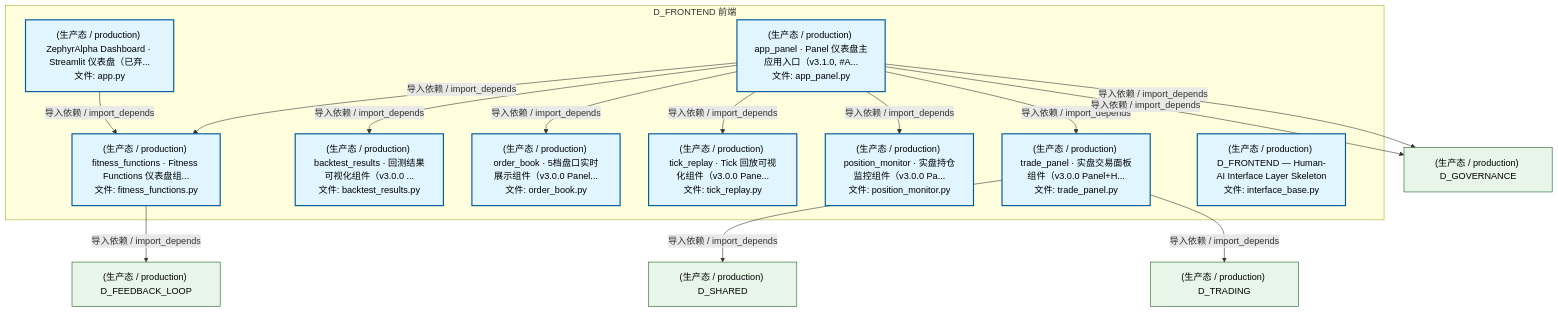
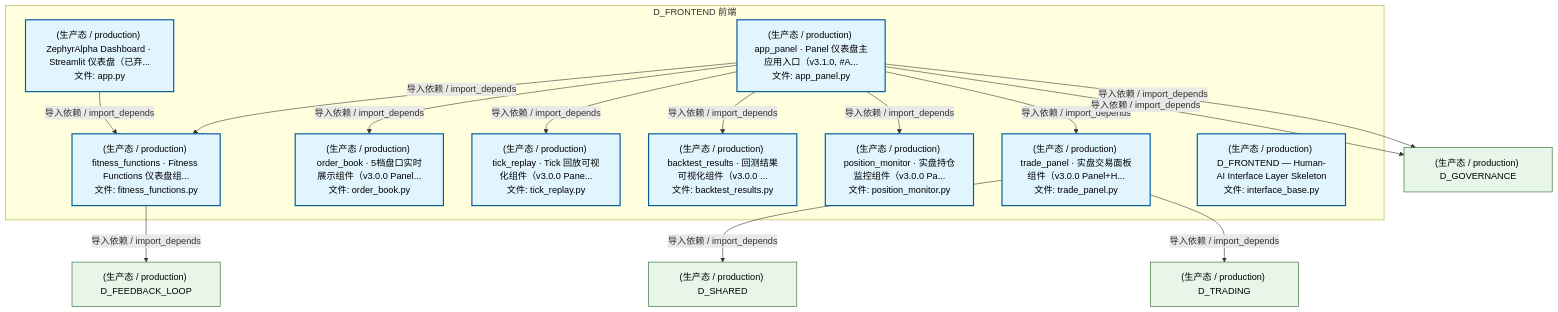
One commit to xuanFelixVan/ZephyrAlpha changed the second of 5 diagrams in docs/02_enterprise_architecture/02_domain_architecture_docs/15_d_frontend.md. Above: the diagram before and after it, drawn with Mermaid. The commit also changed other lines of this file and 97 other files, not shown here.

````diff
--- a/docs/02_enterprise_architecture/02_domain_architecture_docs/15_d_frontend.md
+++ b/docs/02_enterprise_architecture/02_domain_architecture_docs/15_d_frontend.md
@@ -165,36 +165,36 @@
 ```mermaid
 graph TD
     subgraph D_FRONTEND["D_FRONTEND 前端"]
         src_zephyr_frontend_dashboard_app_py["(生产态 / production) ZephyrAlpha Dashboard · Streamlit 仪表盘（已弃...<br/>文件: app.py"]
         src_zephyr_frontend_dashboard_app_panel_py["(生产态 / production) app_panel · Panel 仪表盘主应用入口（v3.1.0, #A...<br/>文件: app_panel.py"]
         src_zephyr_frontend_dashboard_components_backtest_results_py["(生产态 / production) backtest_results · 回测结果可视化组件（v3.0.0 ...<br/>文件: backtest_results.py"]
         src_zephyr_frontend_dashboard_components_fitness_functions_py["(生产态 / production) fitness_functions · Fitness Functions 仪表盘组...<br/>文件: fitness_functions.py"]
         src_zephyr_frontend_dashboard_components_order_book_py["(生产态 / production) order_book · 5档盘口实时展示组件（v3.0.0 Panel...<br/>文件: order_book.py"]
         src_zephyr_frontend_dashboard_components_position_monitor_py["(生产态 / production) position_monitor · 实盘持仓监控组件（v3.0.0 Pa...<br/>文件: position_monitor.py"]
         src_zephyr_frontend_dashboard_components_tick_replay_py["(生产态 / production) tick_replay · Tick 回放可视化组件（v3.0.0 Pane...<br/>文件: tick_replay.py"]
         src_zephyr_frontend_dashboard_components_trade_panel_py["(生产态 / production) trade_panel · 实盘交易面板组件（v3.0.0 Panel+H...<br/>文件: trade_panel.py"]
         src_zephyr_frontend_interface_base_py["(生产态 / production) D_FRONTEND — Human-AI Interface Layer Skeleton<br/>文件: interface_base.py"]
     end
+    src_zephyr_frontend_dashboard_app_py -->|导入依赖 / import_depends| src_zephyr_frontend_dashboard_components_fitness_functions_py
     src_zephyr_frontend_dashboard_app_panel_py -->|导入依赖 / import_depends| src_zephyr_frontend_dashboard_components_fitness_functions_py
-    src_zephyr_frontend_dashboard_app_panel_py -->|导入依赖 / import_depends| src_zephyr_frontend_dashboard_components_backtest_results_py
     src_zephyr_frontend_dashboard_app_panel_py -->|导入依赖 / import_depends| src_zephyr_frontend_dashboard_components_order_book_py
     src_zephyr_frontend_dashboard_app_panel_py -->|导入依赖 / import_depends| src_zephyr_frontend_dashboard_components_tick_replay_py
+    src_zephyr_frontend_dashboard_app_panel_py -->|导入依赖 / import_depends| src_zephyr_frontend_dashboard_components_backtest_results_py
     src_zephyr_frontend_dashboard_app_panel_py -->|导入依赖 / import_depends| src_zephyr_frontend_dashboard_components_position_monitor_py
     src_zephyr_frontend_dashboard_app_panel_py -->|导入依赖 / import_depends| src_zephyr_frontend_dashboard_components_trade_panel_py
-    src_zephyr_frontend_dashboard_app_py -->|导入依赖 / import_depends| src_zephyr_frontend_dashboard_components_fitness_functions_py
     D_GOVERNANCE["(生产态 / production) D_GOVERNANCE"]
     src_zephyr_frontend_dashboard_app_panel_py -->|导入依赖 / import_depends| D_GOVERNANCE
     D_FEEDBACK_LOOP["(生产态 / production) D_FEEDBACK_LOOP"]
     src_zephyr_frontend_dashboard_components_fitness_functions_py -->|导入依赖 / import_depends| D_FEEDBACK_LOOP
     D_SHARED["(生产态 / production) D_SHARED"]
     src_zephyr_frontend_dashboard_components_trade_panel_py -->|导入依赖 / import_depends| D_SHARED
     src_zephyr_frontend_dashboard_app_panel_py -->|导入依赖 / import_depends| D_GOVERNANCE
     D_TRADING["(生产态 / production) D_TRADING"]
     src_zephyr_frontend_dashboard_components_trade_panel_py -->|导入依赖 / import_depends| D_TRADING
     classDef production fill:#e1f5fe,stroke:#01579b,stroke-width:2px,color:#000
     classDef design fill:#fff3e0,stroke:#e65100,stroke-width:2px,color:#000,stroke-dasharray: 5 5
     classDef external_prod fill:#e8f5e9,stroke:#1b5e20,stroke-width:1px,color:#000
     classDef external_design fill:#fce4ec,stroke:#880e4f,stroke-width:1px,color:#000,stroke-dasharray: 5 5
     class src_zephyr_frontend_dashboard_app_py,src_zephyr_frontend_dashboard_app_panel_py,src_zephyr_frontend_dashboard_components_backtest_results_py,src_zephyr_frontend_dashboard_components_fitness_functions_py,src_zephyr_frontend_dashboard_components_order_book_py,src_zephyr_frontend_dashboard_components_position_monitor_py,src_zephyr_frontend_dashboard_components_tick_replay_py,src_zephyr_frontend_dashboard_components_trade_panel_py,src_zephyr_frontend_interface_base_py production
     class D_GOVERNANCE,D_FEEDBACK_LOOP,D_SHARED,D_TRADING external_prod
 ```
````
